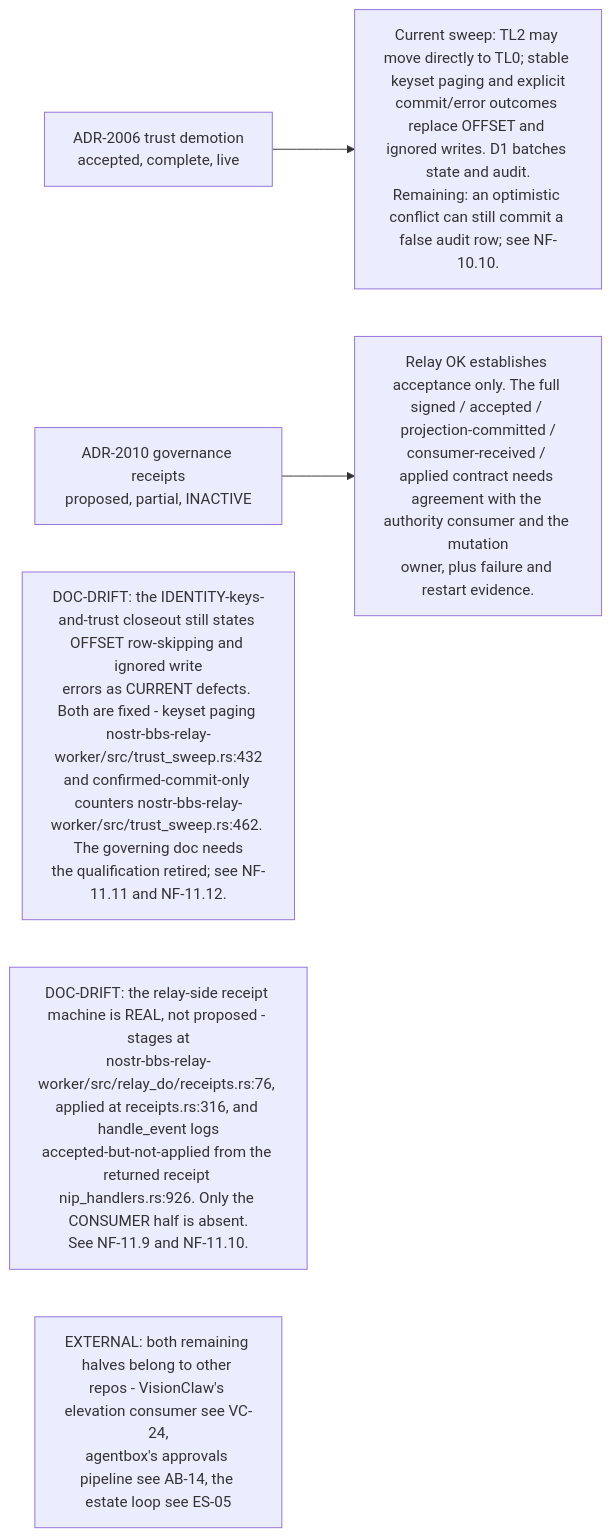
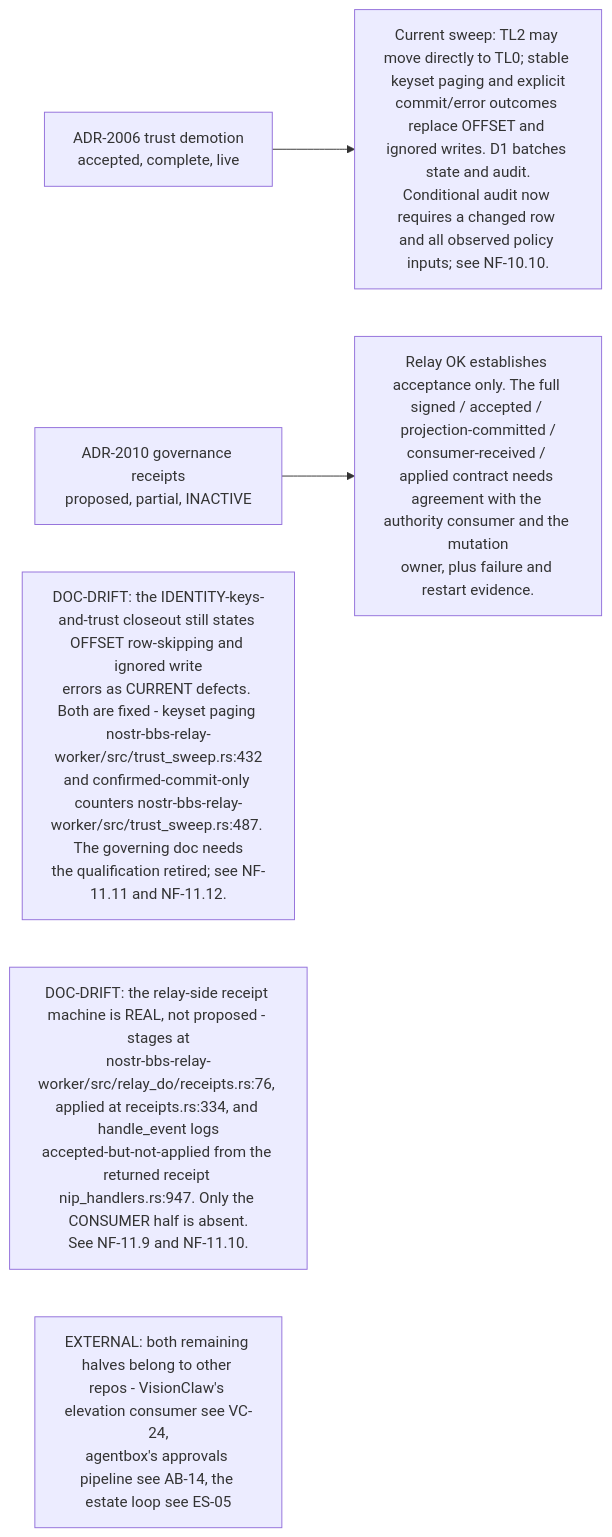
The eighth of 10 diagrams in docs/diagrams/nostr-rust-forum/10-invariants-and-anomaly-register.md (DreamLab-AI/VisionFlow), drawn with Mermaid before and after one commit. The commit also changed other lines of this file and 52 other files, not shown here.

First line of the commit message:
docs(diagrams): wave 3 checkpoint — bare line refs resolved, revision-pinned cite-check, VC-05/AB-01..13 re-attested

````diff
--- a/docs/diagrams/nostr-rust-forum/10-invariants-and-anomaly-register.md
+++ b/docs/diagrams/nostr-rust-forum/10-invariants-and-anomaly-register.md
@@ -155,14 +155,14 @@
 ```mermaid
 flowchart LR
     A2006["ADR-2006 trust demotion<br/>accepted, complete, live"]
-    Q2006["Current sweep: TL2 may move directly to TL0; stable keyset paging and explicit<br/>commit/error outcomes replace OFFSET and ignored writes. D1 batches state and audit.<br/>Remaining: an optimistic conflict can still commit a false audit row; see NF-10.10."]
+    Q2006["Current sweep: TL2 may move directly to TL0; stable keyset paging and explicit<br/>commit/error outcomes replace OFFSET and ignored writes. D1 batches state and audit.<br/>Conditional audit now requires a changed row and all observed policy inputs; see NF-10.10."]
     A2010["ADR-2010 governance receipts<br/>proposed, partial, INACTIVE"]
     Q2010["Relay OK establishes acceptance only. The full signed / accepted / projection-committed /<br/>consumer-received / applied contract needs agreement with the authority consumer and the mutation<br/>owner, plus failure and restart evidence."]
 
     A2006 --> Q2006
     A2010 --> Q2010
 
-    N1["DOC-DRIFT: the IDENTITY-keys-and-trust closeout still states OFFSET row-skipping and ignored write<br/>errors as CURRENT defects. Both are fixed - keyset paging nostr-bbs-relay-worker/src/trust_sweep.rs:432<br/>and confirmed-commit-only counters nostr-bbs-relay-worker/src/trust_sweep.rs:462. The governing doc needs<br/>the qualification retired; see NF-11.11 and NF-11.12."]
-    N2["DOC-DRIFT: the relay-side receipt machine is REAL, not proposed - stages at<br/>nostr-bbs-relay-worker/src/relay_do/receipts.rs:76, applied at receipts.rs:316, and handle_event logs<br/>accepted-but-not-applied from the returned receipt nip_handlers.rs:926. Only the CONSUMER half is absent.<br/>See NF-11.9 and NF-11.10."]
+    N1["DOC-DRIFT: the IDENTITY-keys-and-trust closeout still states OFFSET row-skipping and ignored write<br/>errors as CURRENT defects. Both are fixed - keyset paging nostr-bbs-relay-worker/src/trust_sweep.rs:432<br/>and confirmed-commit-only counters nostr-bbs-relay-worker/src/trust_sweep.rs:487. The governing doc needs<br/>the qualification retired; see NF-11.11 and NF-11.12."]
+    N2["DOC-DRIFT: the relay-side receipt machine is REAL, not proposed - stages at<br/>nostr-bbs-relay-worker/src/relay_do/receipts.rs:76, applied at receipts.rs:334, and handle_event logs<br/>accepted-but-not-applied from the returned receipt nip_handlers.rs:947. Only the CONSUMER half is absent.<br/>See NF-11.9 and NF-11.10."]
     N3["EXTERNAL: both remaining halves belong to other repos - VisionClaw's elevation consumer see VC-24,<br/>agentbox's approvals pipeline see AB-14, the estate loop see ES-05"]
 ```
````
